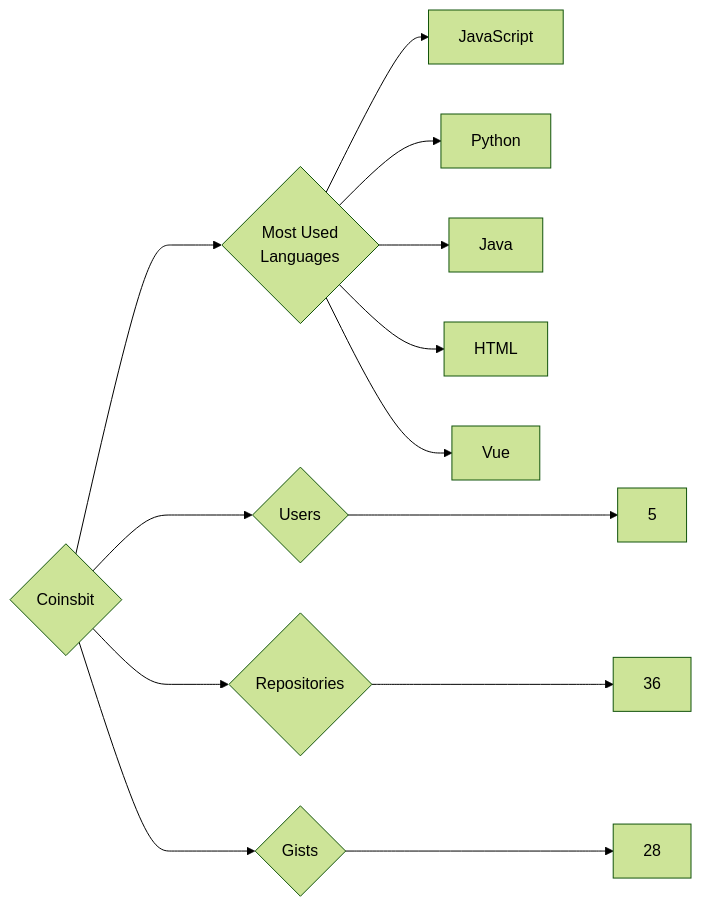
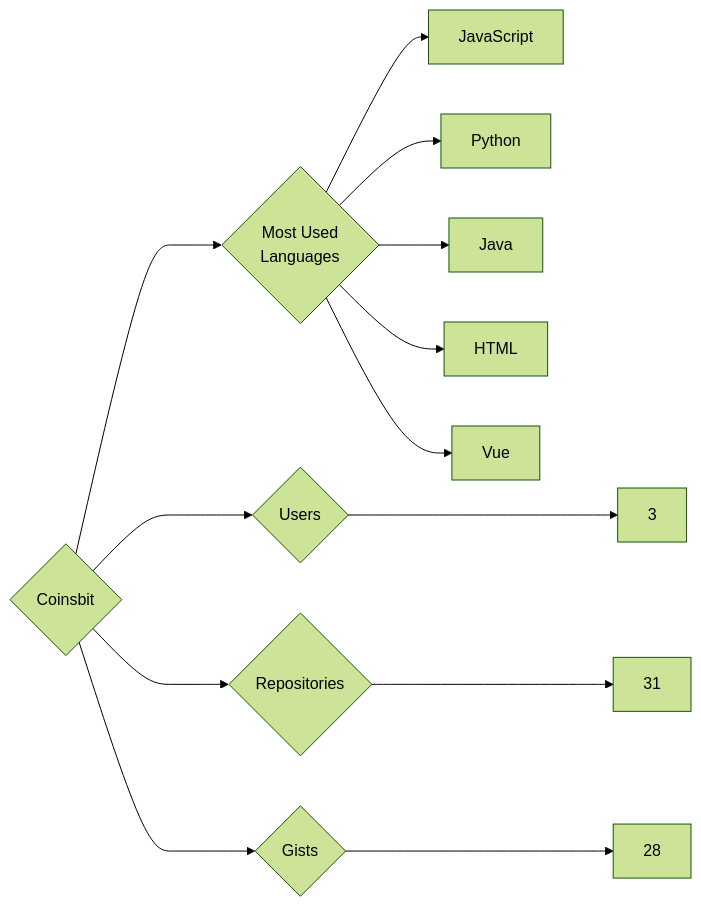
Before and after one commit to trickest/insiders: the diagram in targets/Coinsbit/README.md, drawn with Mermaid (forest theme). The commit also changed 1088 other files, not shown here.

````diff
--- a/targets/Coinsbit/README.md
+++ b/targets/Coinsbit/README.md
@@ -3,13 +3,13 @@
 ```mermaid
 graph LR
 COMPANY_NAME{Coinsbit}
-COMPANY_NAME ---> U{Users} ---> UN[5]
-COMPANY_NAME ---> R{Repositories} ---> RN[36]
+COMPANY_NAME ---> U{Users} ---> UN[3]
+COMPANY_NAME ---> R{Repositories} ---> RN[31]
 COMPANY_NAME ---> G{Gists} ---> GN[28]
 COMPANY_NAME ---> ML{Most Used<br>Languages}
 ML --> JavaScript[JavaScript]
 ML --> Python[Python]
 ML --> Java[Java]
 ML --> HTML[HTML]
 ML --> Vue[Vue]
 ```
````
